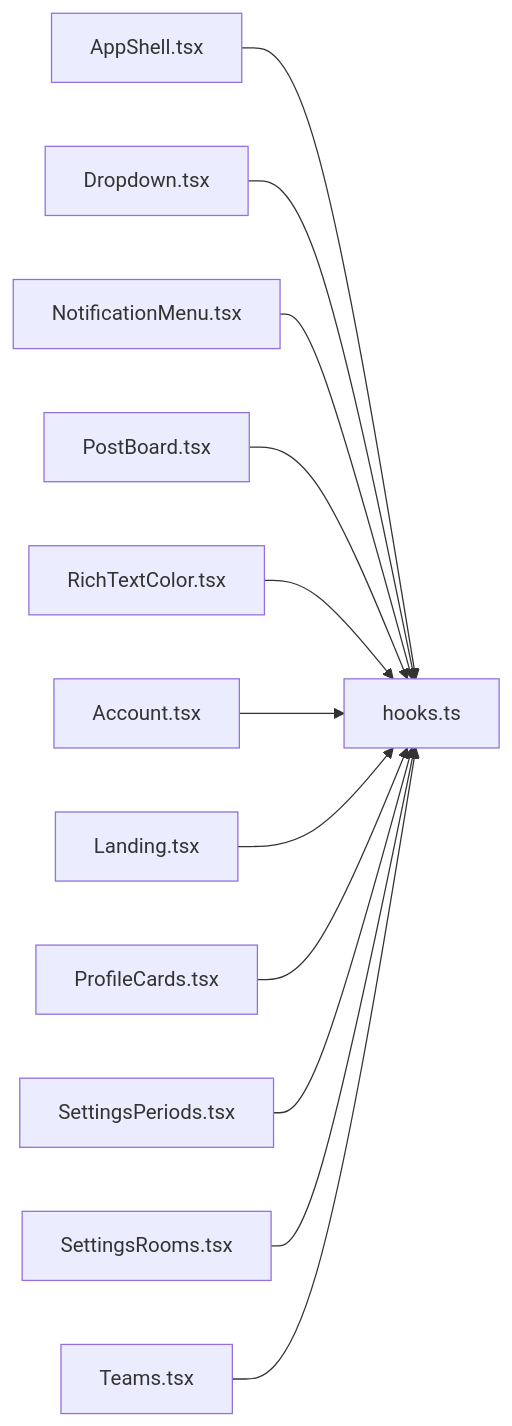
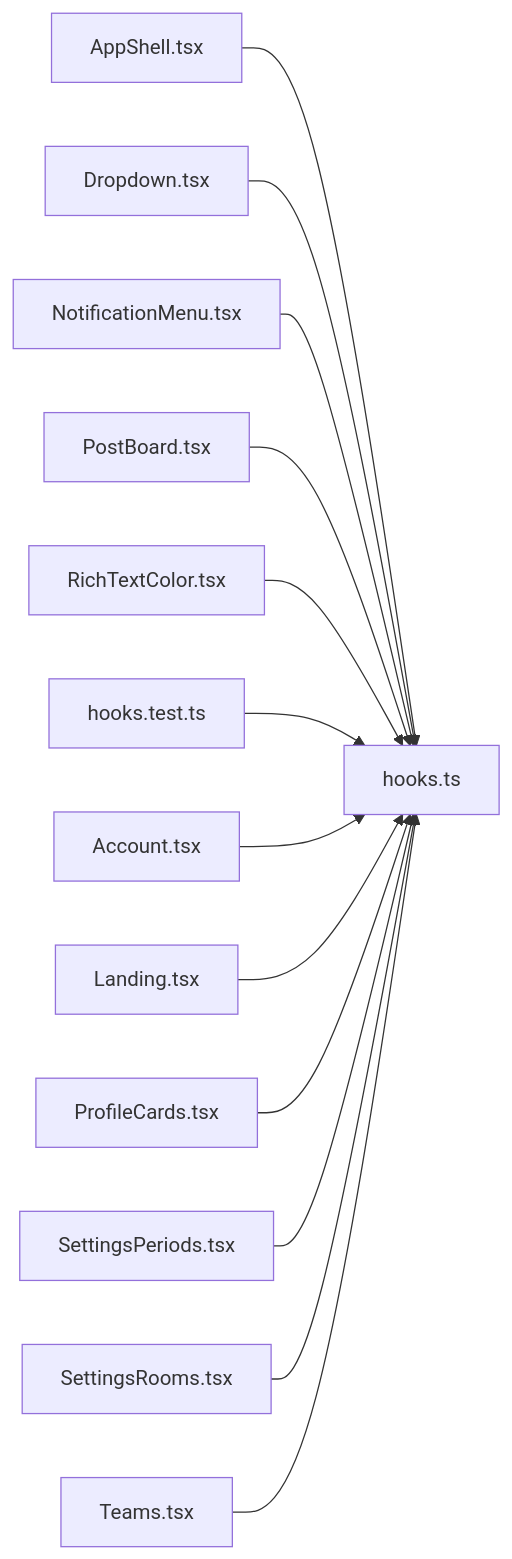
The diagram in .cluedoc/graph/frontend/src/components/hooks.md (minkong-dev/Banblit), drawn with Mermaid before and after one commit. The commit also changed other lines of this file and 8 other files, not shown here.

````diff
--- a/.cluedoc/graph/frontend/src/components/hooks.md
+++ b/.cluedoc/graph/frontend/src/components/hooks.md
@@ -10,15 +10,16 @@
 ```mermaid
 flowchart LR
   frontend_src_components_hooks["hooks.ts"]
   frontend_src_components_AppShell["AppShell.tsx"] --> frontend_src_components_hooks
   frontend_src_components_Dropdown["Dropdown.tsx"] --> frontend_src_components_hooks
   frontend_src_components_NotificationMenu["NotificationMenu.tsx"] --> frontend_src_components_hooks
   frontend_src_components_PostBoard["PostBoard.tsx"] --> frontend_src_components_hooks
   frontend_src_components_RichTextColor["RichTextColor.tsx"] --> frontend_src_components_hooks
+  frontend_src_components_hooks_test["hooks.test.ts"] --> frontend_src_components_hooks
   frontend_src_routes_Account["Account.tsx"] --> frontend_src_components_hooks
   frontend_src_routes_Landing["Landing.tsx"] --> frontend_src_components_hooks
   frontend_src_routes_ProfileCards["ProfileCards.tsx"] --> frontend_src_components_hooks
   frontend_src_routes_SettingsPeriods["SettingsPeriods.tsx"] --> frontend_src_components_hooks
   frontend_src_routes_SettingsRooms["SettingsRooms.tsx"] --> frontend_src_components_hooks
   frontend_src_routes_Teams["Teams.tsx"] --> frontend_src_components_hooks
 ```
````
